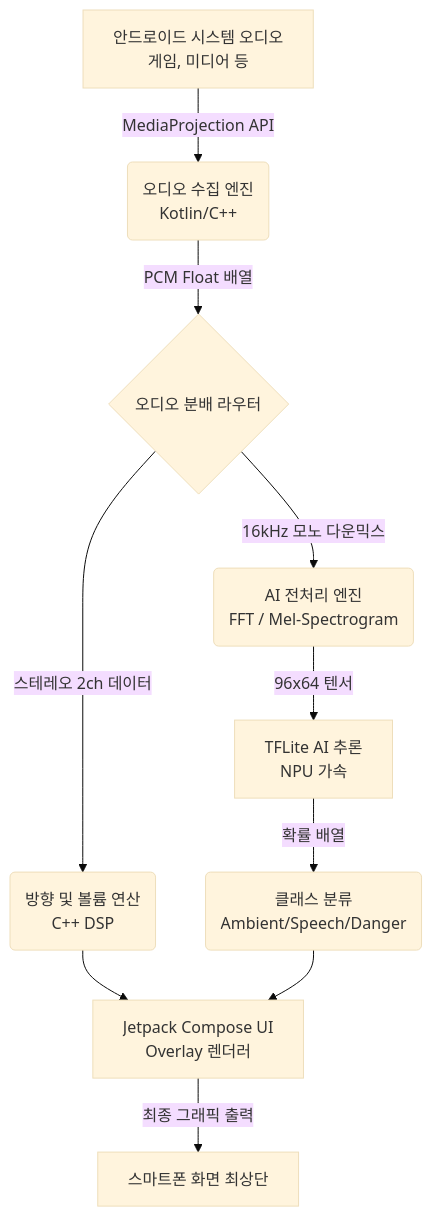
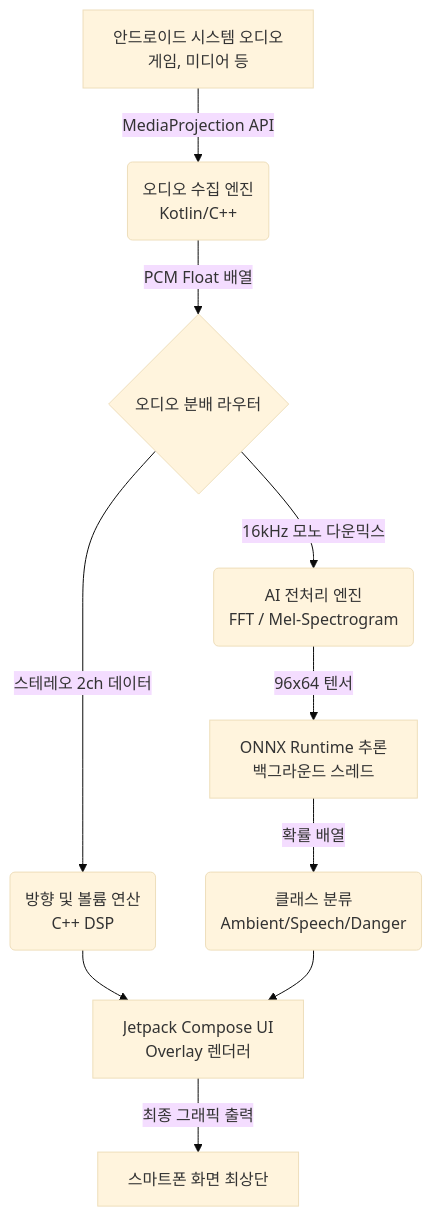
The diagram in setting.md (bibibic76/SoundVisualizer), drawn with Mermaid (base theme) before and after one commit. The commit also changed other lines of this file and 17 other files, not shown here.

````diff
--- a/setting.md
+++ b/setting.md
@@ -9,15 +9,15 @@
 ```mermaid
 graph TD
     A[안드로이드 시스템 오디오<br/>게임, 미디어 등] -->|MediaProjection API| B(오디오 수집 엔진<br/>Kotlin/C++)
     B -->|PCM Float 배열| C{오디오 분배 라우터}
 
     C -->|스테레오 2ch 데이터| D(방향 및 볼륨 연산<br/>C++ DSP)
     C -->|16kHz 모노 다운믹스| E(AI 전처리 엔진<br/>FFT / Mel-Spectrogram)
 
-    E -->|96x64 텐서| F[TFLite AI 추론<br/>NPU 가속]
+    E -->|96x64 텐서| F[ONNX Runtime 추론<br/>백그라운드 스레드]
     F -->|확률 배열| G(클래스 분류<br/>Ambient/Speech/Danger)
 
     D --> H[Jetpack Compose UI<br/>Overlay 렌더러]
     G --> H
     H -->|최종 그래픽 출력| I[스마트폰 화면 최상단]
 ```
````
